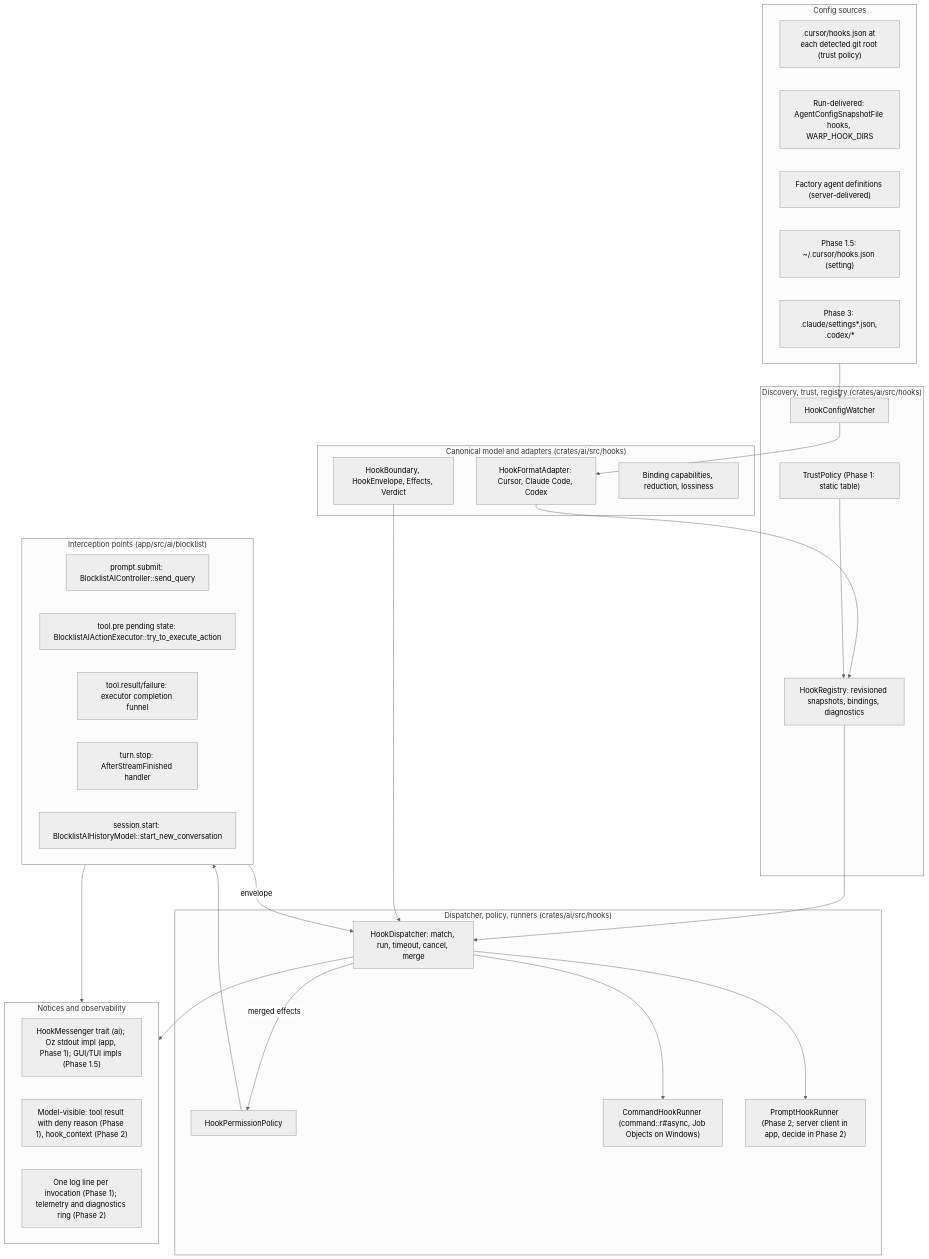
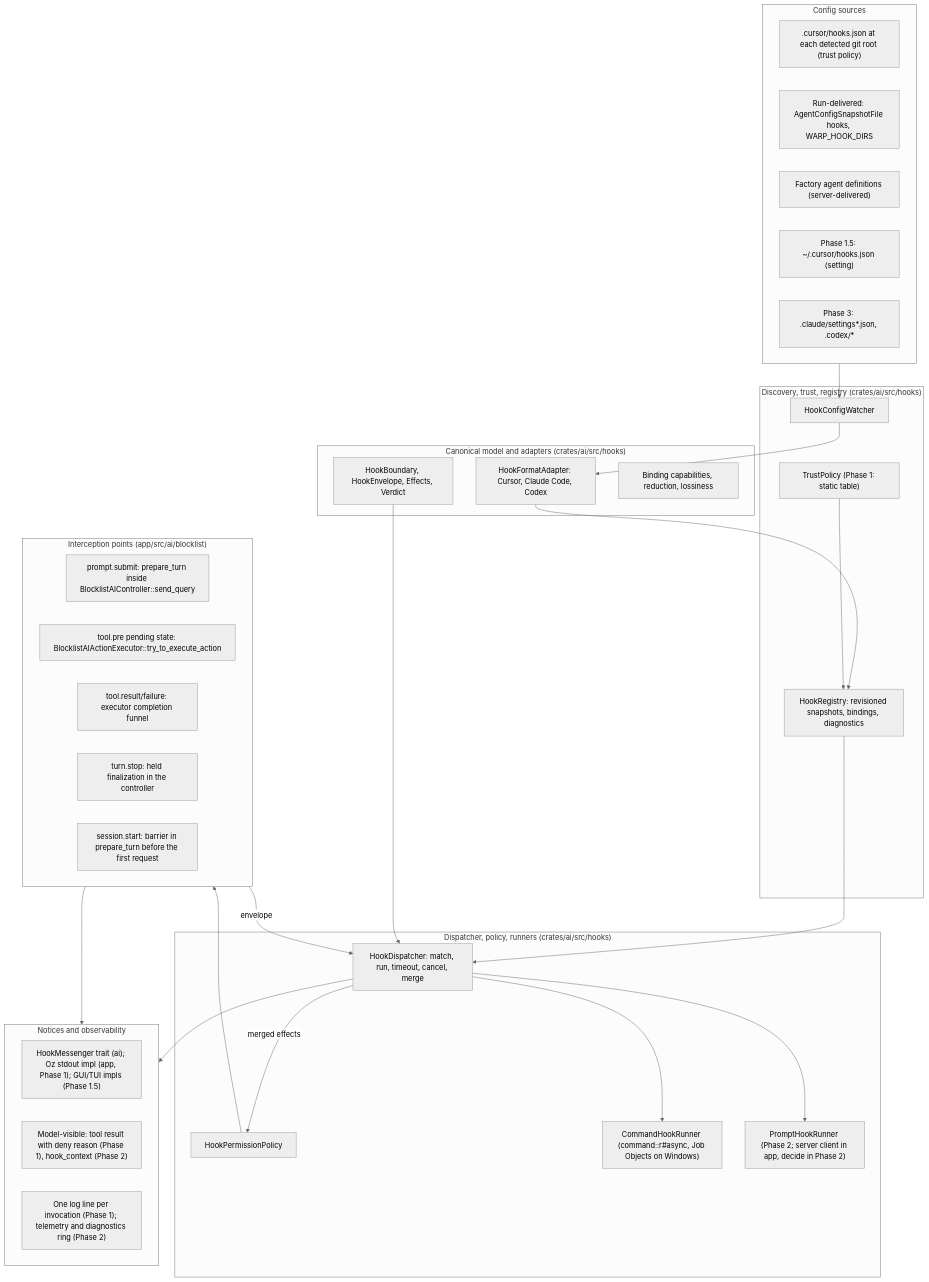
One commit to warpdotdev/warp changed the diagram in specs/agent-hooks/architecture.md. Above: the diagram before and after it, drawn with Mermaid (neutral theme). The commit also changed other lines of this file, not shown here.

First line of the commit message:
specs: describe agent hooks Phase 1 as built in architecture.md

````diff
--- a/specs/agent-hooks/architecture.md
+++ b/specs/agent-hooks/architecture.md
@@ -45,48 +45,48 @@
 ```mermaid
 flowchart TB
   subgraph Sources["Config sources"]
     S1[".cursor/hooks.json at each detected git root (trust policy)"]
     S2["Run-delivered: AgentConfigSnapshotFile hooks, WARP_HOOK_DIRS"]
     S3["Factory agent definitions (server-delivered)"]
     S4["Phase 1.5: ~/.cursor/hooks.json (setting)"]
     S5["Phase 3: .claude/settings*.json, .codex/*"]
   end
   subgraph Pure["Canonical model and adapters (crates/ai/src/hooks)"]
     P1["HookBoundary, HookEnvelope, Effects, Verdict"]
     P2["HookFormatAdapter: Cursor, Claude Code, Codex"]
     P3["Binding capabilities, reduction, lossiness"]
   end
   subgraph Discovery["Discovery, trust, registry (crates/ai/src/hooks)"]
     D1["HookConfigWatcher"]
     D2["TrustPolicy (Phase 1: static table)"]
     D3["HookRegistry: revisioned snapshots, bindings, diagnostics"]
   end
   subgraph Runtime["Dispatcher, policy, runners (crates/ai/src/hooks)"]
     R1["HookDispatcher: match, run, timeout, cancel, merge"]
     R2["HookPermissionPolicy"]
     R3["CommandHookRunner (command::r#async, Job Objects on Windows)"]
     R4["PromptHookRunner (Phase 2; server client in app, decide in Phase 2)"]
   end
   subgraph Loop["Interception points (app/src/ai/blocklist)"]
-    L1["prompt.submit: BlocklistAIController::send_query"]
+    L1["prompt.submit: prepare_turn inside BlocklistAIController::send_query"]
     L2["tool.pre pending state: BlocklistAIActionExecutor::try_to_execute_action"]
     L3["tool.result/failure: executor completion funnel"]
-    L4["turn.stop: AfterStreamFinished handler"]
-    L5["session.start: BlocklistAIHistoryModel::start_new_conversation"]
+    L4["turn.stop: held finalization in the controller"]
+    L5["session.start: barrier in prepare_turn before the first request"]
   end
   subgraph Out["Notices and observability"]
     O1["HookMessenger trait (ai); Oz stdout impl (app, Phase 1); GUI/TUI impls (Phase 1.5)"]
     O2["Model-visible: tool result with deny reason (Phase 1), hook_context (Phase 2)"]
     O3["One log line per invocation (Phase 1); telemetry and diagnostics ring (Phase 2)"]
   end
   Sources --> D1 --> P2 --> D3
   D2 --> D3
   D3 --> R1
   P1 --> R1
   Loop -- envelope --> R1
   R1 --> R3
   R1 --> R4
   R1 -- merged effects --> R2 --> Loop
   R1 --> Out
   Loop --> Out
 ```
````
